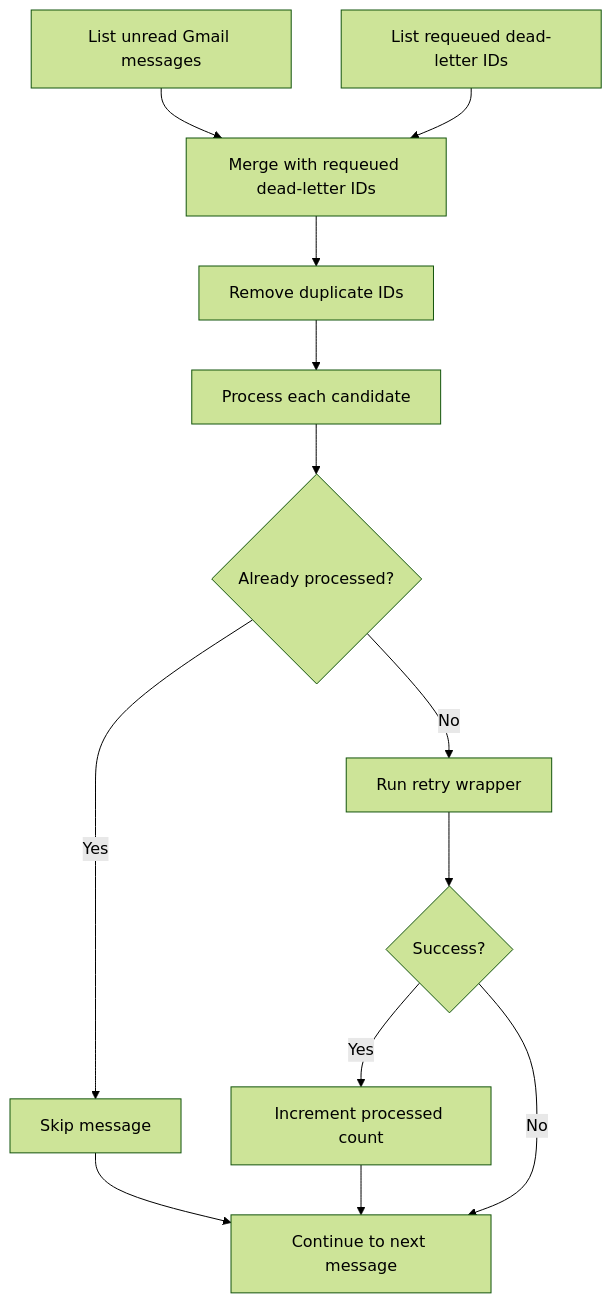
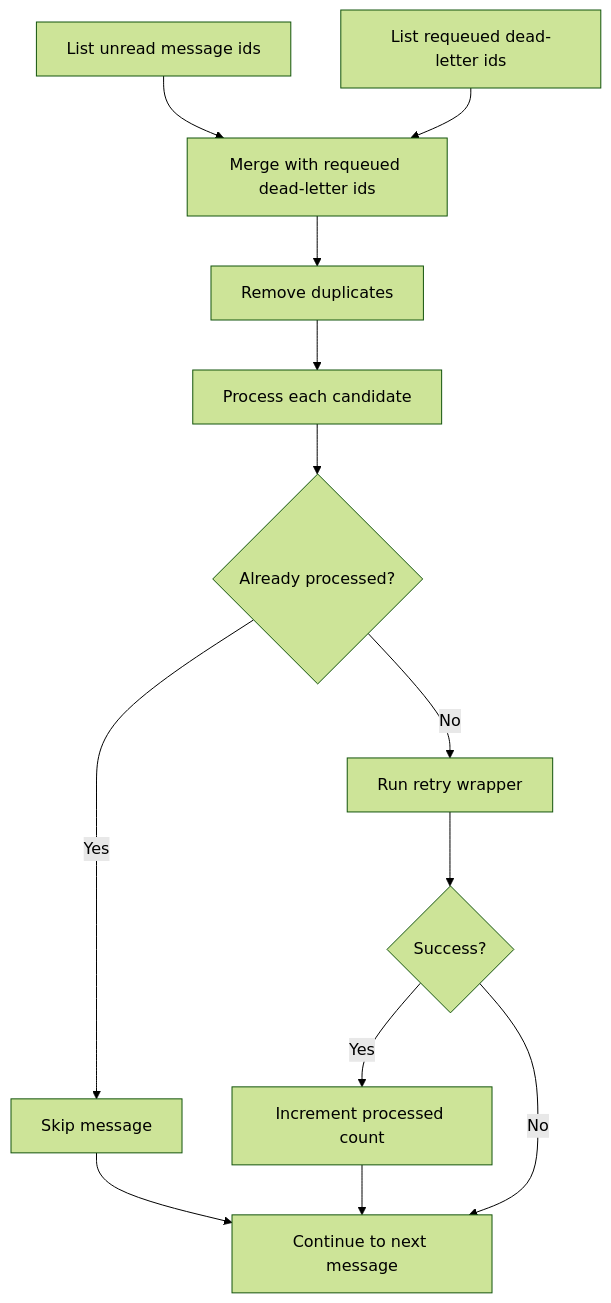
One commit to LunarMothStudios/Canna-Mailroom changed the fourth of 6 diagrams in docs/runtime-and-pipeline.md. Above: the diagram before and after it, drawn with Mermaid (forest theme). The commit also changed other lines of this file and 30 other files, not shown here.

````diff
--- a/docs/runtime-and-pipeline.md
+++ b/docs/runtime-and-pipeline.md
@@ -80,15 +108,15 @@
 ```mermaid
 flowchart TD
-    Poll["List unread Gmail messages"] --> Merge["Merge with requeued dead-letter IDs"]
-    Requeue["List requeued dead-letter IDs"] --> Merge
-    Merge --> Dedupe["Remove duplicate IDs"]
+    Poll["List unread message ids"] --> Merge["Merge with requeued dead-letter ids"]
+    Requeue["List requeued dead-letter ids"] --> Merge
+    Merge --> Dedupe["Remove duplicates"]
     Dedupe --> Loop["Process each candidate"]
     Loop --> Check{"Already processed?"}
     Check -- Yes --> Skip["Skip message"]
     Check -- No --> Retry["Run retry wrapper"]
     Retry --> Success{"Success?"}
     Success -- Yes --> Count["Increment processed count"]
     Success -- No --> Next["Continue to next message"]
     Skip --> Next
     Count --> Next
 ```
````
